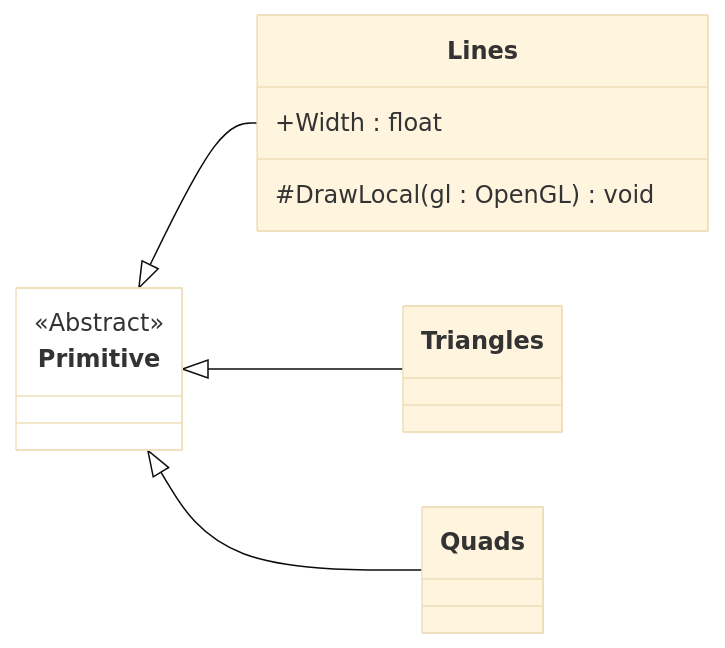
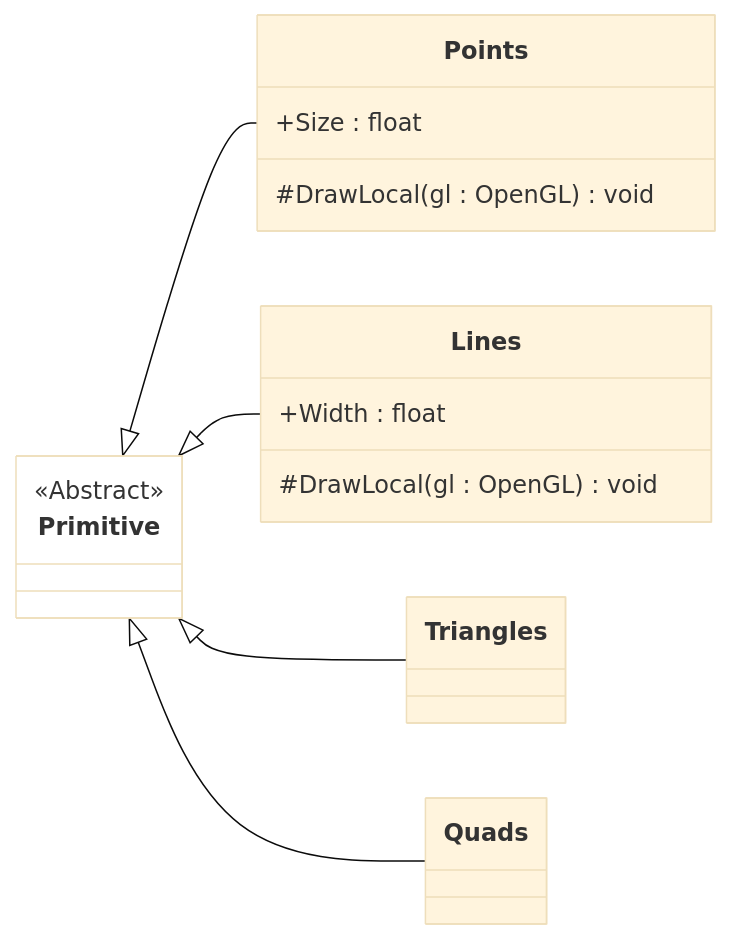
One commit to ghackenberg/kurs-computer-simulation changed the diagram in Quellen/WS25/VorlageSzenengraph3D/Model.Primitive.mmd. Above: the diagram before and after it, drawn with Mermaid (base theme). The commit also changed 18 other files, not shown here.

```diff
--- a/Quellen/WS25/VorlageSzenengraph3D/Model.Primitive.mmd
+++ b/Quellen/WS25/VorlageSzenengraph3D/Model.Primitive.mmd
@@ -1,26 +1,32 @@
 classDiagram
 
     direction LR
 
     class Primitive {
         <<Abstract>>
+    }
+
+    class Points {
+        +Size : float
+        #DrawLocal(gl : OpenGL) void
     }
 
     class Lines {
         +Width : float
         #DrawLocal(gl : OpenGL) void
     }
 
     class Triangles {
 
     }
 
     class Quads {
 
     }
 
+    Primitive <|-- Points
     Primitive <|-- Lines
     Primitive <|-- Triangles
     Primitive <|-- Quads
 
     style Primitive fill:white
```
